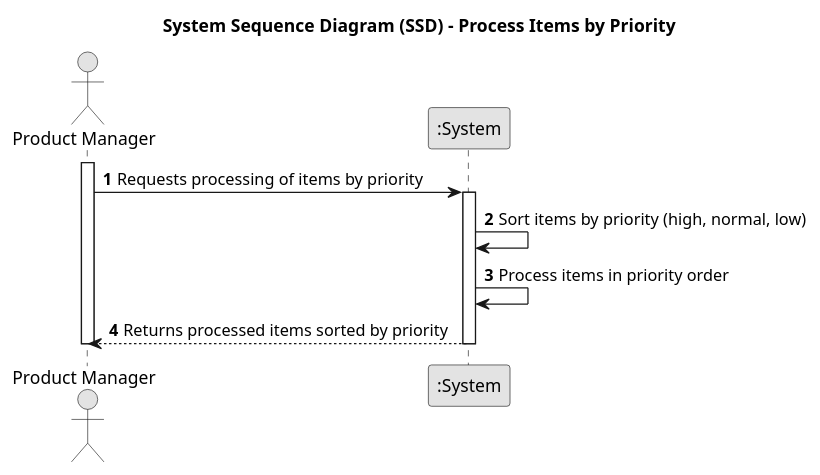
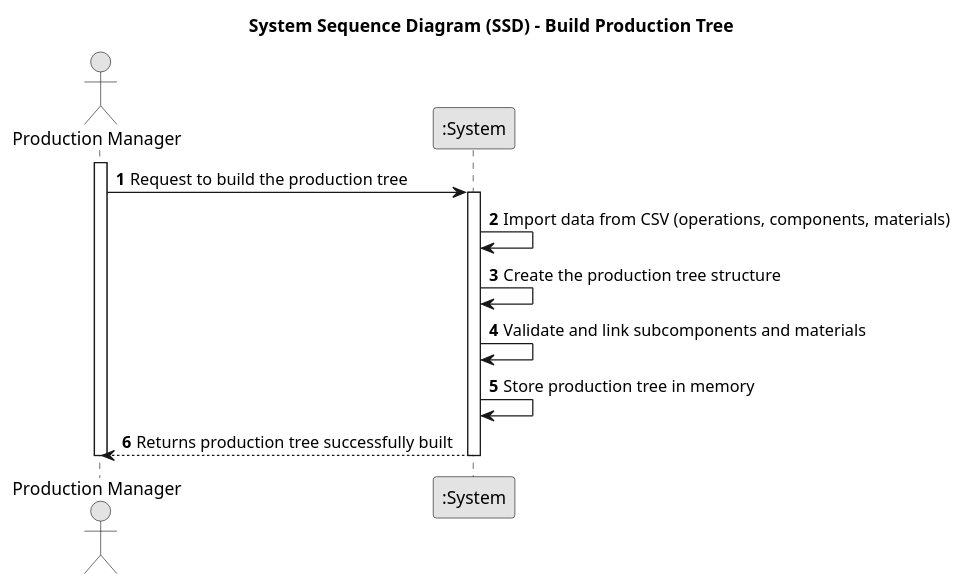
The diagram in Sprint2/documentation/USEI08/01.requirements-engineering/puml/USEI08-system-sequence-diagram-alternative-one.puml (AmirMasnavi/Industrial-Production-Simulator), drawn with PlantUML before and after one commit. The commit also changed 3 other files, not shown here.

```diff
--- a/Sprint2/documentation/USEI08/01.requirements-engineering/puml/USEI08-system-sequence-diagram-alternative-one.puml
+++ b/Sprint2/documentation/USEI08/01.requirements-engineering/puml/USEI08-system-sequence-diagram-alternative-one.puml
@@ -1,26 +1,28 @@
 @startuml
 skinparam monochrome true
 skinparam packageStyle rectangle
 skinparam shadowing false
 
-title System Sequence Diagram (SSD) - Process Items by Priority
+title System Sequence Diagram (SSD) - Build Production Tree
 
 autonumber
 
-actor "Product Manager" as ProductManager
+actor "Production Manager" as ProductionManager
 participant ":System" as System
 
-activate ProductManager
+activate ProductionManager
 
-    ProductManager -> System : Requests processing of items by priority
+    ProductionManager -> System : Request to build the production tree
     activate System
 
-        System -> System : Sort items by priority (high, normal, low)
-        System -> System : Process items in priority order
+        System -> System : Import data from CSV (operations, components, materials)
+        System -> System : Create the production tree structure
+        System -> System : Validate and link subcomponents and materials
+        System -> System : Store production tree in memory
 
-        System --> ProductManager : Returns processed items sorted by priority
+        System --> ProductionManager : Returns production tree successfully built
 
     deactivate System
-deactivate ProductManager
+deactivate ProductionManager
 
 @enduml
```
